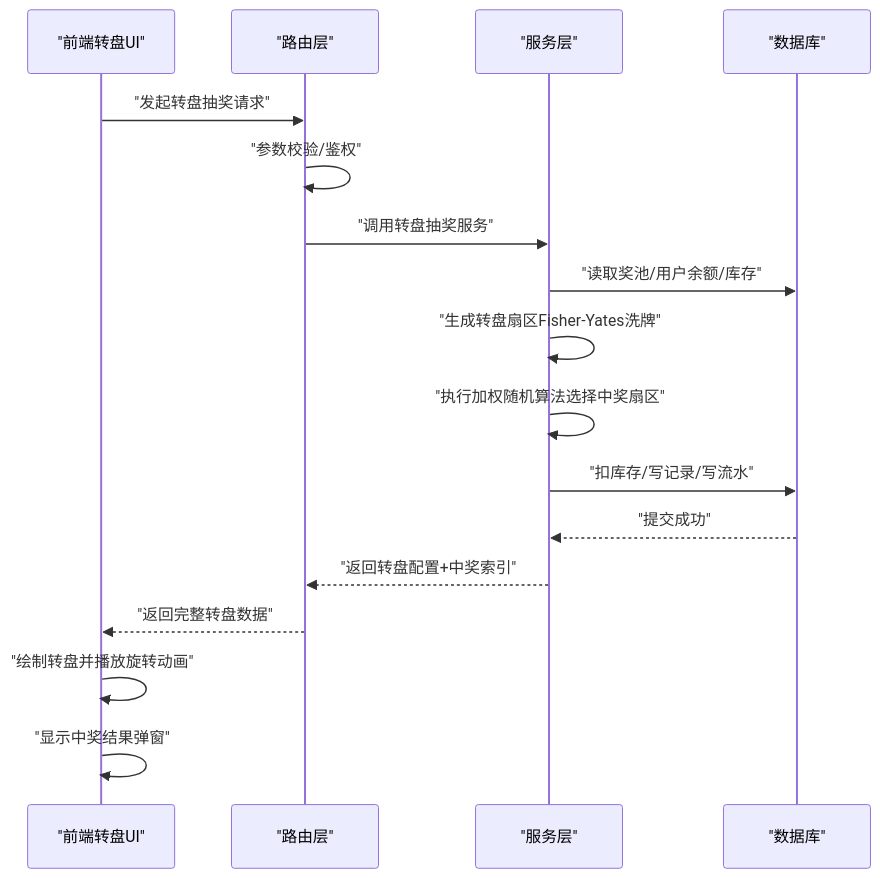
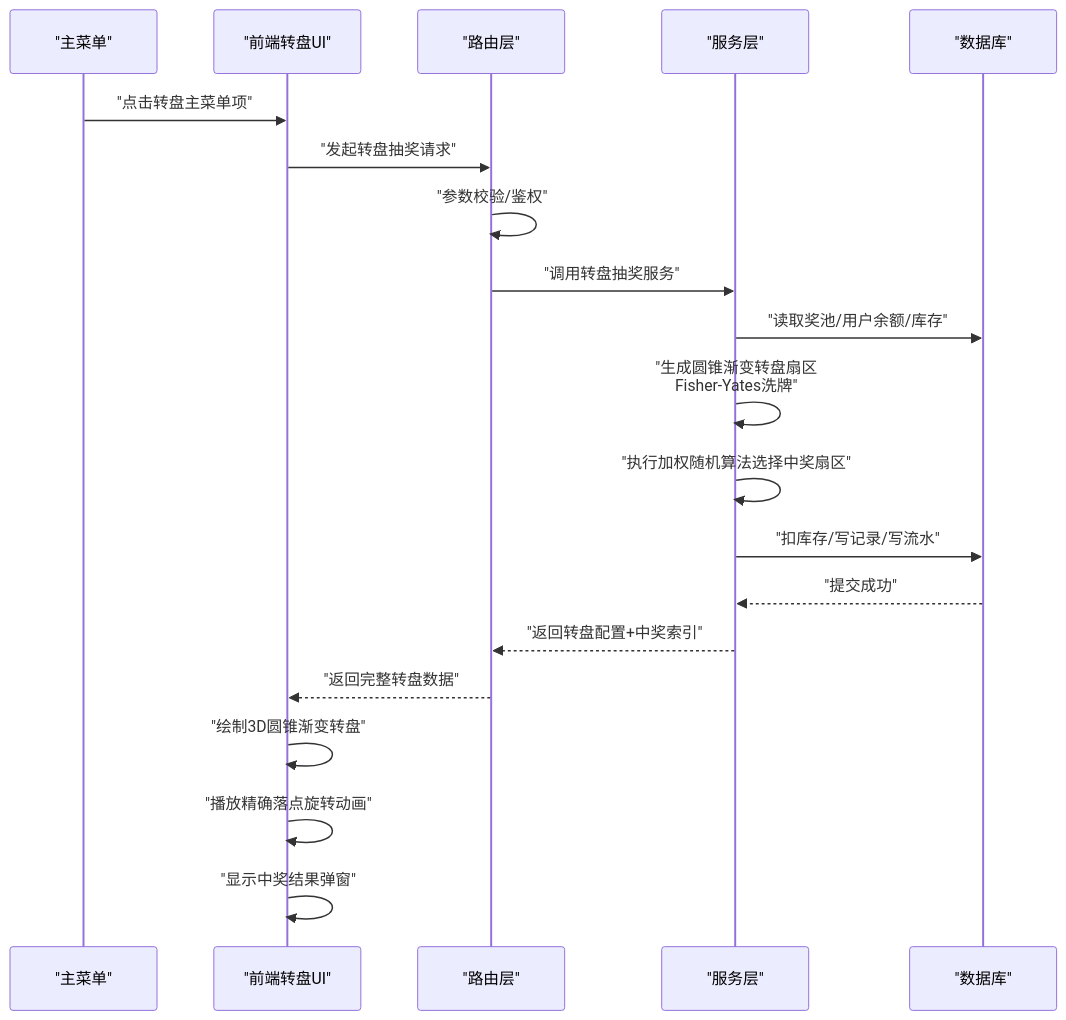
Before and after one commit to onebody/homework: the second of 7 diagrams in .qoder/repowiki/zh/content/积分兑换系统/核心功能模块/抽奖系统.md, drawn with Mermaid. The commit also changed other lines of this file and 4 other files, not shown here.

````diff
--- a/.qoder/repowiki/zh/content/积分兑换系统/核心功能模块/抽奖系统.md
+++ b/.qoder/repowiki/zh/content/积分兑换系统/核心功能模块/抽奖系统.md
@@ -113,19 +107,22 @@
 ```mermaid
 sequenceDiagram
+participant Menu as "主菜单"
 participant FE as "前端转盘UI"
 participant R as "路由层"
 participant S as "服务层"
 participant DB as "数据库"
+Menu->>FE : "点击转盘主菜单项"
 FE->>R : "发起转盘抽奖请求"
 R->>R : "参数校验/鉴权"
 R->>S : "调用转盘抽奖服务"
 S->>DB : "读取奖池/用户余额/库存"
-S->>S : "生成转盘扇区Fisher-Yates洗牌"
+S->>S : "生成圆锥渐变转盘扇区<br/>Fisher-Yates洗牌"
 S->>S : "执行加权随机算法选择中奖扇区"
 S->>DB : "扣库存/写记录/写流水"
 DB-->>S : "提交成功"
 S-->>R : "返回转盘配置+中奖索引"
 R-->>FE : "返回完整转盘数据"
-FE->>FE : "绘制转盘并播放旋转动画"
+FE->>FE : "绘制3D圆锥渐变转盘"
+FE->>FE : "播放精确落点旋转动画"
 FE->>FE : "显示中奖结果弹窗"
 ```
````
